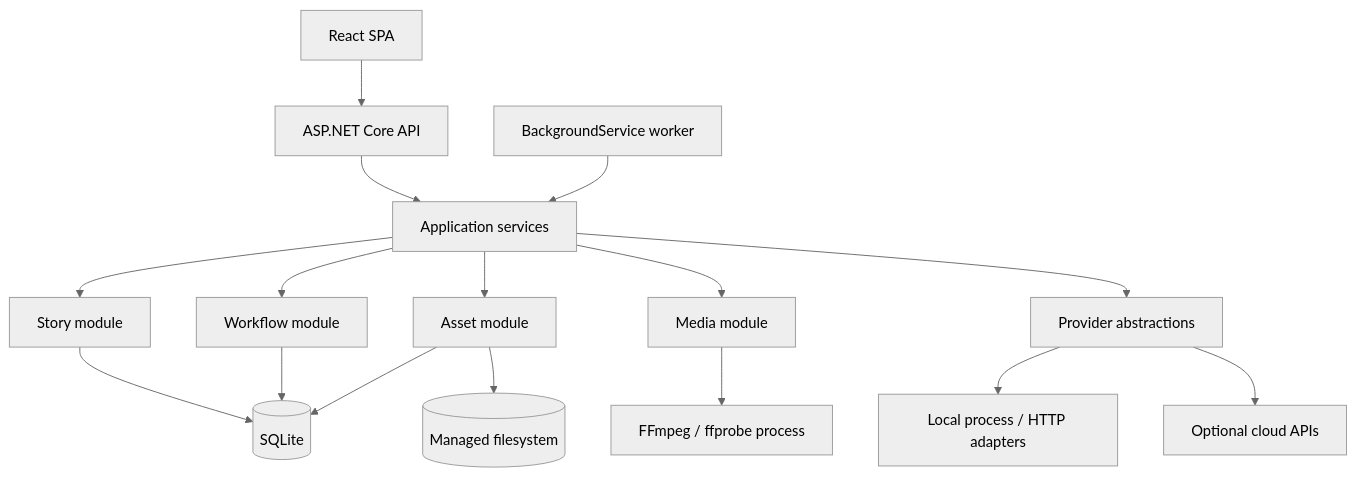
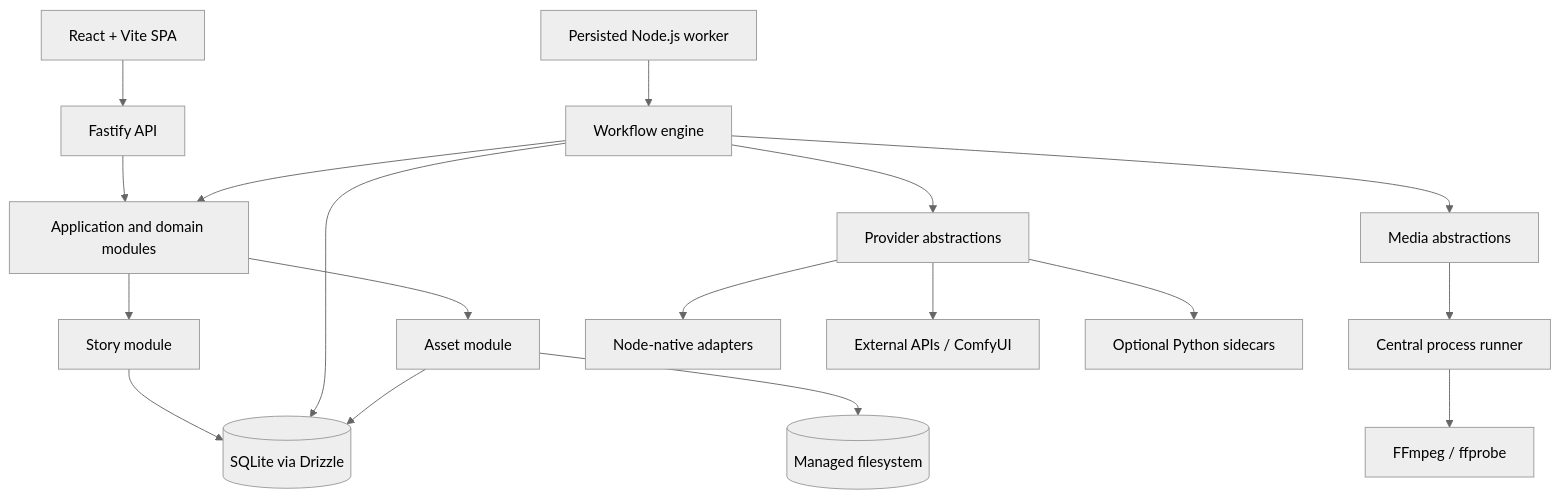
The diagram in docs/design-v1/01-system-architecture.md (anhth2808/at-ai-story-studio), drawn with Mermaid (neutral theme) before and after one commit. The commit also changed other lines of this file and 14 other files, not shown here.

Commit message:
docs: adopt TypeScript-first V1 architecture

````diff
--- a/docs/design-v1/01-system-architecture.md
+++ b/docs/design-v1/01-system-architecture.md
@@ -12,18 +13,20 @@
 ```mermaid
 flowchart TB
-  UI[React SPA] --> API[ASP.NET Core API]
-  API --> APP[Application services]
-  WORKER[BackgroundService worker] --> APP
+  UI[React + Vite SPA] --> API[Fastify API]
+  API --> APP[Application and domain modules]
+  WORKER[Persisted Node.js worker] --> FLOW[Workflow engine]
+  FLOW --> APP
   APP --> STORY[Story module]
-  APP --> FLOW[Workflow module]
   APP --> ASSET[Asset module]
-  APP --> MEDIA[Media module]
-  APP --> PROV[Provider abstractions]
-  STORY --> DB[(SQLite)]
+  FLOW --> PROV[Provider abstractions]
+  FLOW --> MEDIA[Media abstractions]
+  STORY --> DB[(SQLite via Drizzle)]
   FLOW --> DB
   ASSET --> DB
   ASSET --> FS[(Managed filesystem)]
-  MEDIA --> FFMPEG[FFmpeg / ffprobe process]
-  PROV --> LOCAL[Local process / HTTP adapters]
-  PROV --> CLOUD[Optional cloud APIs]
+  MEDIA --> PROCESS[Central process runner]
+  PROCESS --> FFMPEG[FFmpeg / ffprobe]
+  PROV --> NODE[Node-native adapters]
+  PROV --> HTTP[External APIs / ComfyUI]
+  PROV --> PY[Optional Python sidecars]
 ```
````
